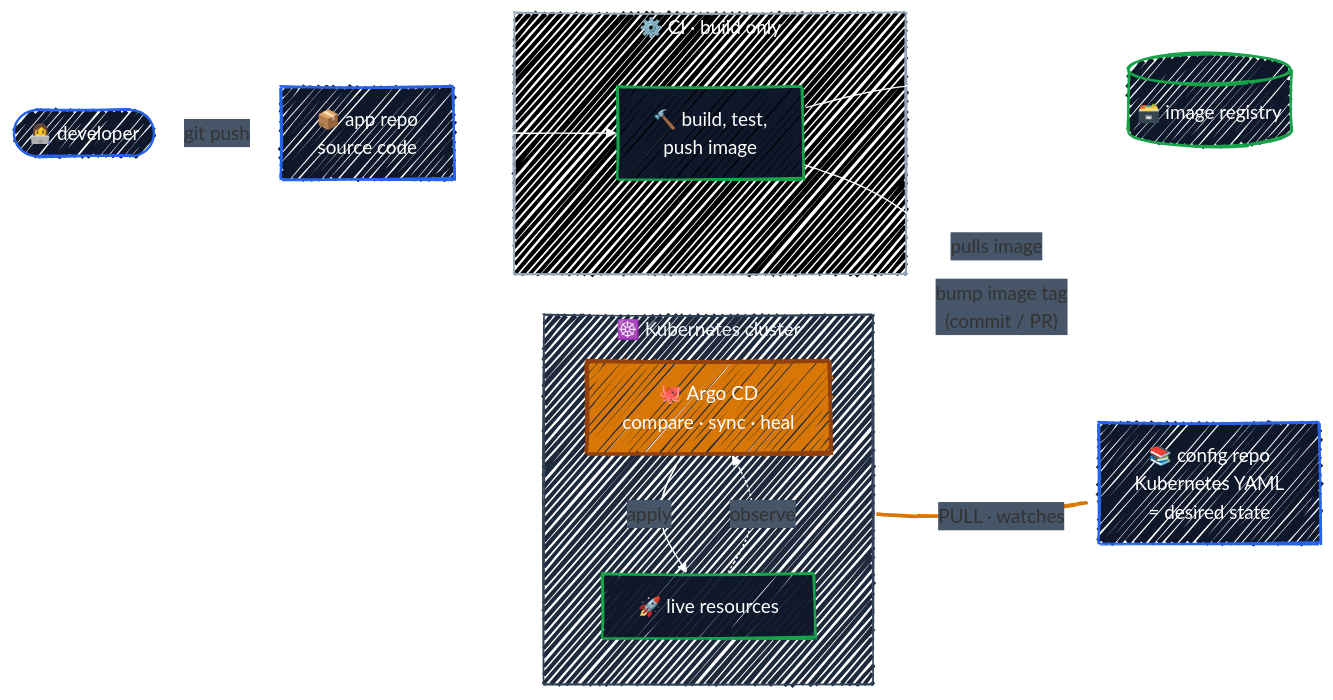
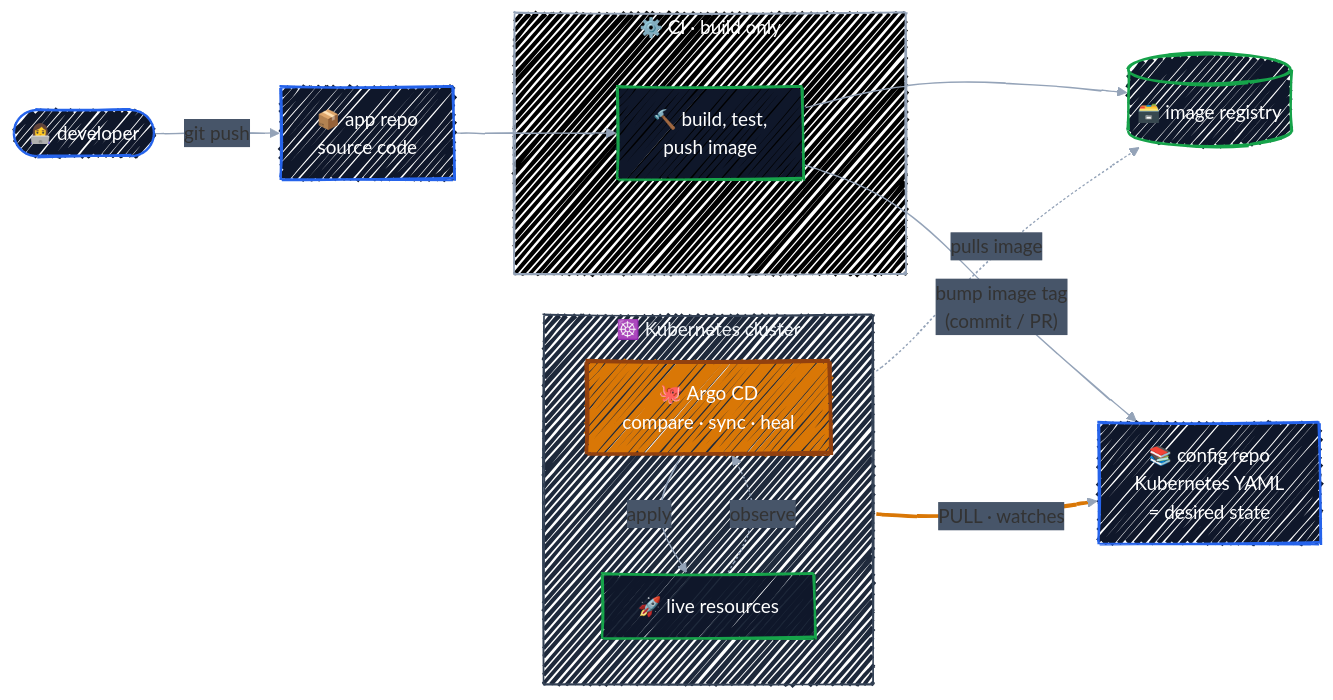
Before and after one commit to r97221004/argoCD-tutorial: the diagram in docs/gitops-intro/gitops-workflow.md, drawn with Mermaid. The commit also changed other lines of this file, not shown here.

````diff
--- a/docs/gitops-intro/gitops-workflow.md
+++ b/docs/gitops-intro/gitops-workflow.md
@@ -9,50 +9,50 @@
 ```mermaid
 ---
 config:
   look: handDrawn
   theme: default
   themeVariables:
     fontFamily: '"Comic Sans MS", "Comic Sans", "Segoe Print", "Bradley Hand", cursive'
     clusterBkg: '#FAFAFA'
     clusterBorder: '#94A3B8'
-    lineColor: '#FFFFFF'
+    lineColor: '#94A3B8'
     edgeLabelBackground: '#475569'
   themeCSS: |
     .edgeLabel, .edgeLabel p, .edgeLabel span { color: #FFFFFF !important; }
 ---
 flowchart LR
     dev(["👩‍💻 developer"])
     app["📦 app repo<br/>source code"]
 
     subgraph ci["⚙️ CI · build only"]
         build["🔨 build, test,<br/>push image"]
     end
 
     reg[("🗃️ image registry")]
     cfg["📚 config repo<br/>Kubernetes YAML<br/>= desired state"]
 
     subgraph cluster["☸️ Kubernetes cluster"]
         direction TB
         argo["🐙 Argo CD<br/>compare · sync · heal"]
         live["🚀 live resources"]
         argo -->|apply| live
         live -. "observe" .-> argo
     end
 
     dev -->|git push| app
     app --> build
     build --> reg
     build -->|"bump image tag<br/>(commit / PR)"| cfg
     argo ==>|"PULL · watches"| cfg
     live -. pulls image .-> reg
 
     classDef ctrl fill:#0F172A,stroke:#2563EB,stroke-width:2px,color:#FFFFFF
     classDef eng fill:#D97706,stroke:#92400E,stroke-width:3px,color:#FFFFFF
     classDef tgt fill:#0F172A,stroke:#16A34A,stroke-width:2px,color:#FFFFFF
     class dev,app,cfg ctrl
     class argo eng
     class build,reg,live tgt
     linkStyle 6 stroke:#D97706,stroke-width:3px
     style ci fill:#000000,stroke:#94A3B8,color:#FFFFFF,fillStyle:solid
     style cluster fill:#1E293B,stroke:#334155,color:#F1F5F9,fillStyle:solid
 ```
````
